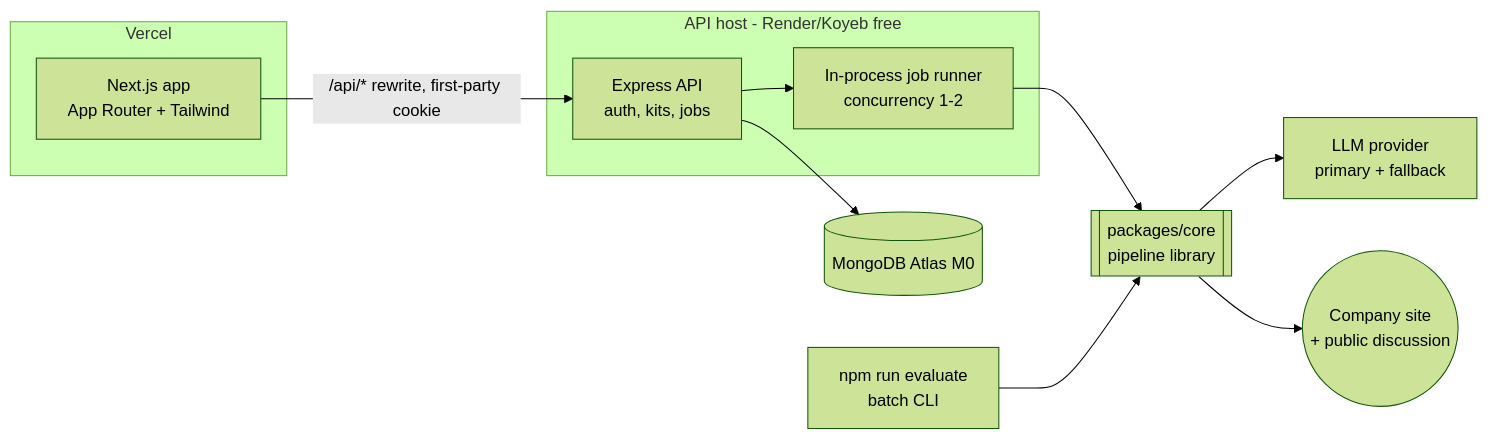
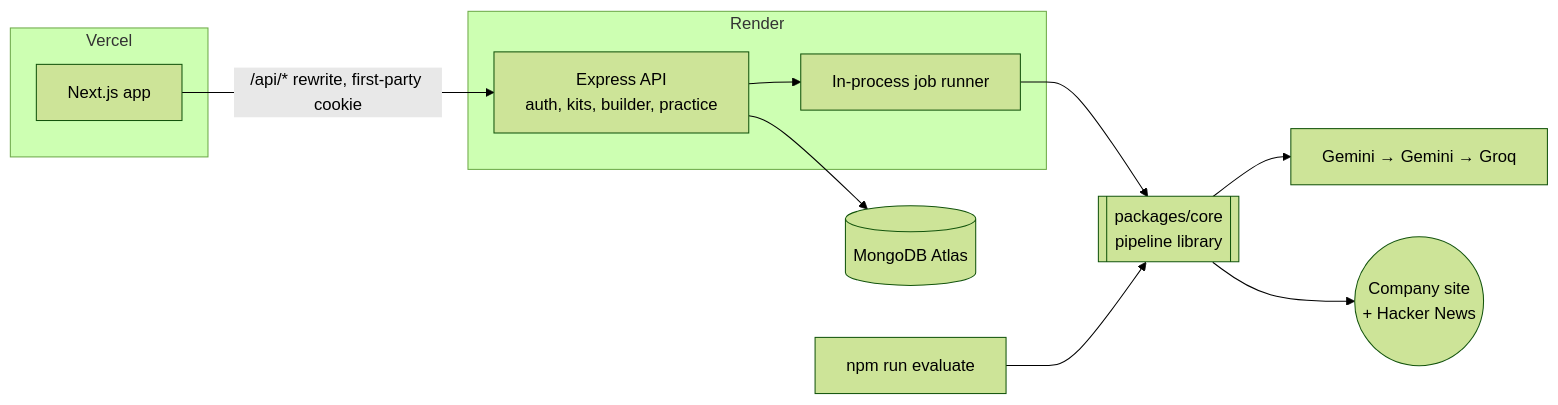
The first of 2 diagrams in docs/DESIGN.md (surya758/prepkit), drawn with Mermaid (forest theme) before and after one commit. The commit also changed other lines of this file and 1 other file, not shown here.

````diff
--- a/docs/DESIGN.md
+++ b/docs/DESIGN.md
@@ -13,23 +12,23 @@
 ```mermaid
 flowchart LR
   subgraph Vercel
-    WEB[Next.js app<br/>App Router + Tailwind]
+    WEB[Next.js app]
   end
-  subgraph API host - Render/Koyeb free
-    API[Express API<br/>auth, kits, jobs]
-    RUN[In-process job runner<br/>concurrency 1-2]
+  subgraph Render
+    API[Express API<br/>auth, kits, builder, practice]
+    RUN[In-process job runner]
   end
-  CLI[npm run evaluate<br/>batch CLI]
+  CLI[npm run evaluate]
   CORE[[packages/core<br/>pipeline library]]
-  DB[(MongoDB Atlas M0)]
-  LLM[LLM provider<br/>primary + fallback]
-  NET((Company site<br/>+ public discussion))
+  DB[(MongoDB Atlas)]
+  LLM[Gemini → Gemini → Groq]
+  NET((Company site<br/>+ Hacker News))
 
   WEB -- "/api/* rewrite, first-party cookie" --> API
   API --> DB
   API --> RUN
   RUN --> CORE
   CLI --> CORE
   CORE --> LLM
   CORE --> NET
 ```
````
